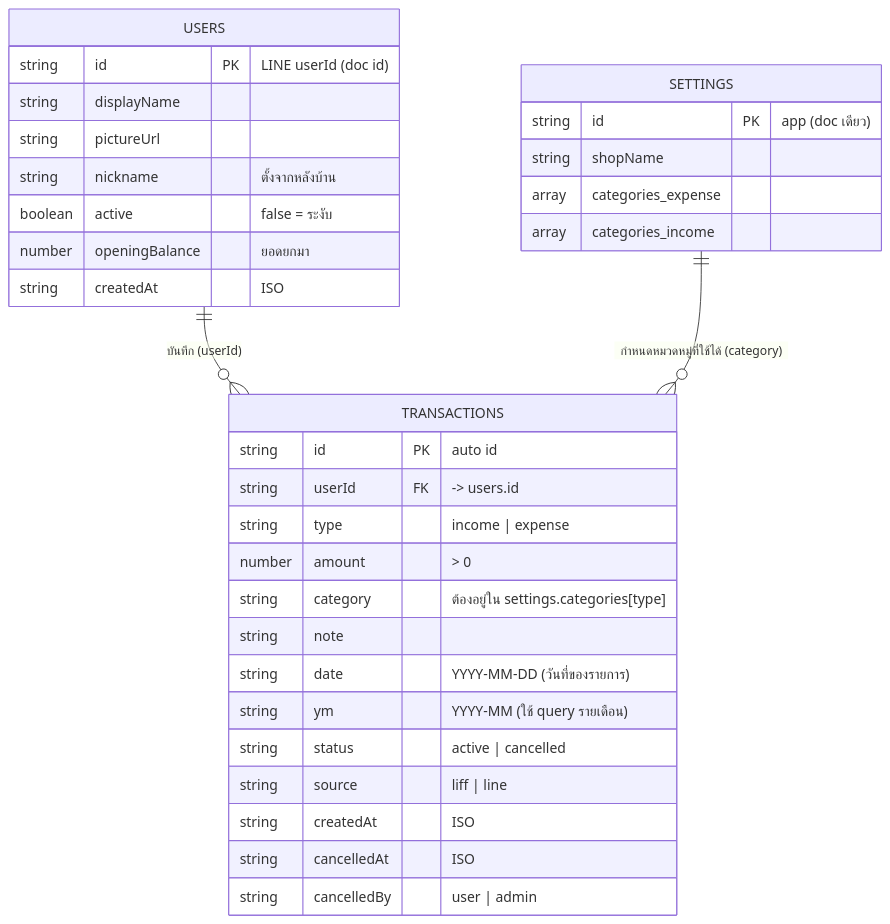
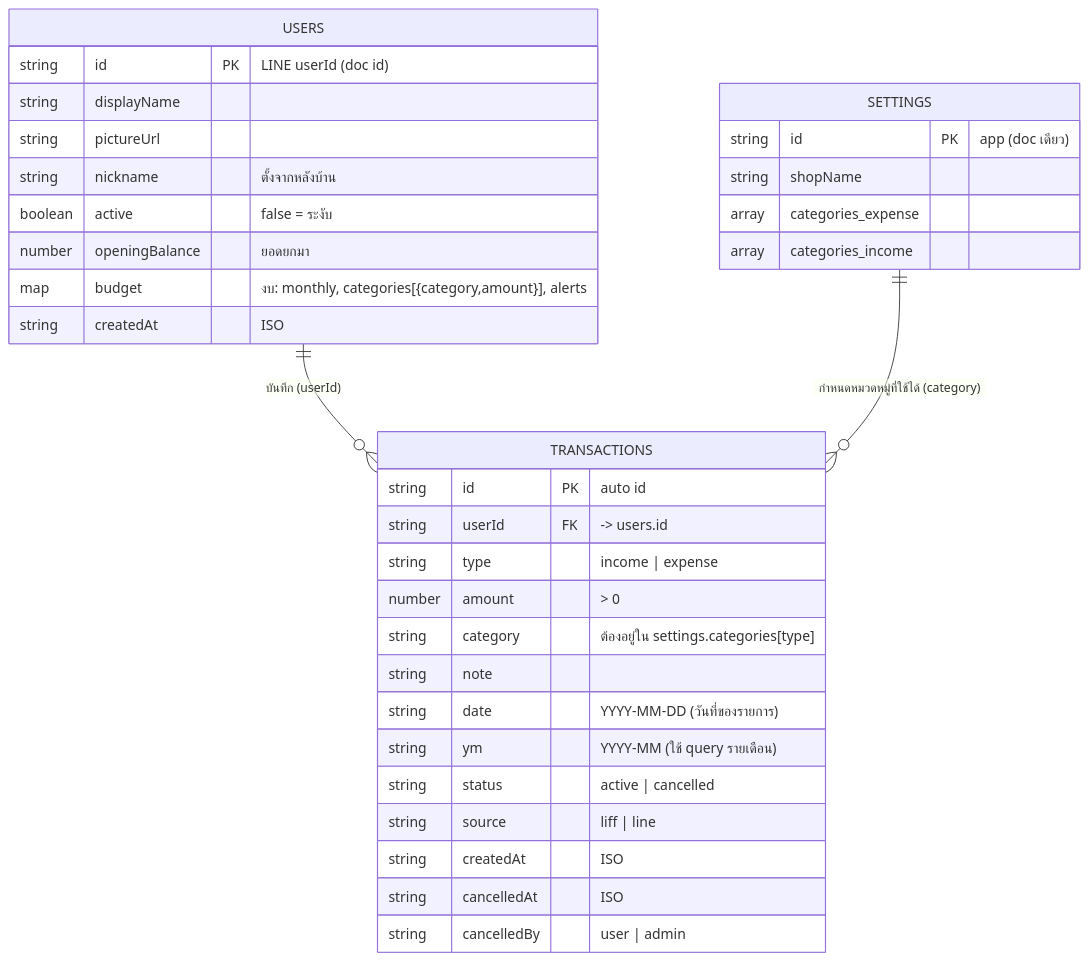
One commit to gtpatchaya/LINEOA_FactoryIncomeandExpenses changed the diagram in docs/ER.md. Above: the diagram before and after it, drawn with Mermaid. The commit also changed 36 other files, not shown here.

````diff
--- a/docs/ER.md
+++ b/docs/ER.md
@@ -3,36 +3,37 @@
 ```mermaid
 erDiagram
     USERS ||--o{ TRANSACTIONS : "บันทึก (userId)"
     SETTINGS ||--o{ TRANSACTIONS : "กำหนดหมวดหมู่ที่ใช้ได้ (category)"
 
     USERS {
         string id PK "LINE userId (doc id)"
         string displayName
         string pictureUrl
         string nickname "ตั้งจากหลังบ้าน"
         boolean active "false = ระงับ"
         number openingBalance "ยอดยกมา"
+        map budget "งบ: monthly, categories[{category,amount}], alerts"
         string createdAt "ISO"
     }
     TRANSACTIONS {
         string id PK "auto id"
         string userId FK "-> users.id"
         string type "income | expense"
         number amount "> 0"
         string category "ต้องอยู่ใน settings.categories[type]"
         string note
         string date "YYYY-MM-DD (วันที่ของรายการ)"
         string ym "YYYY-MM (ใช้ query รายเดือน)"
         string status "active | cancelled"
         string source "liff | line"
         string createdAt "ISO"
         string cancelledAt "ISO"
         string cancelledBy "user | admin"
     }
     SETTINGS {
         string id PK "app (doc เดียว)"
         string shopName
         array categories_expense
         array categories_income
     }
 ```
````
